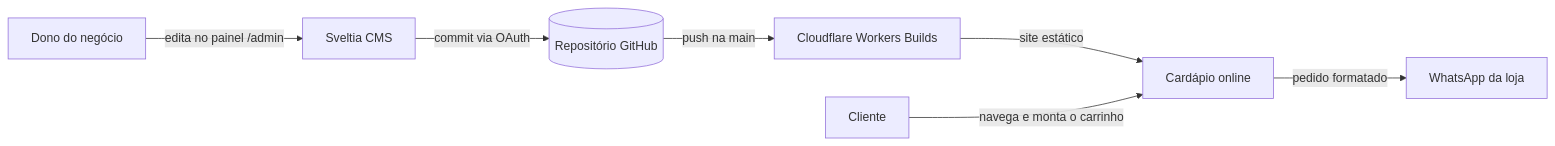
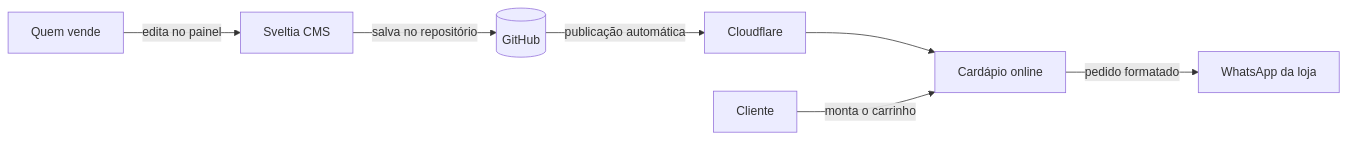
One commit to lukasuvinha/cardapio-digital_astro-sveltia changed the diagram in README.md. Above: the diagram before and after it, drawn with Mermaid. The commit also changed other lines of this file, not shown here.

````diff
--- a/README.md
+++ b/README.md
@@ -46,9 +59,9 @@
 ```mermaid
 flowchart LR
-    A[Dono do negócio] -->|edita no painel /admin| B[Sveltia CMS]
-    B -->|commit via OAuth| C[(Repositório GitHub)]
-    C -->|push na main| D[Cloudflare Workers Builds]
-    D -->|site estático| E[Cardápio online]
-    F[Cliente] -->|navega e monta o carrinho| E
+    A[Quem vende] -->|edita no painel| B[Sveltia CMS]
+    B -->|salva no repositório| C[(GitHub)]
+    C -->|publicação automática| D[Cloudflare]
+    D --> E[Cardápio online]
+    F[Cliente] -->|monta o carrinho| E
     E -->|pedido formatado| G[WhatsApp da loja]
 ```
````
